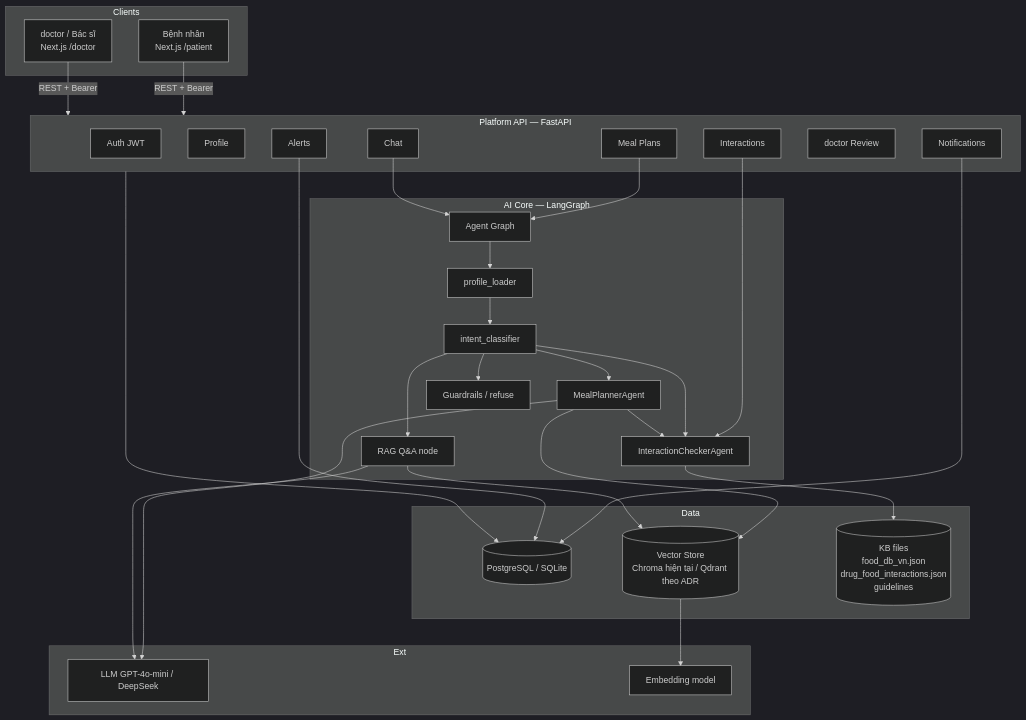
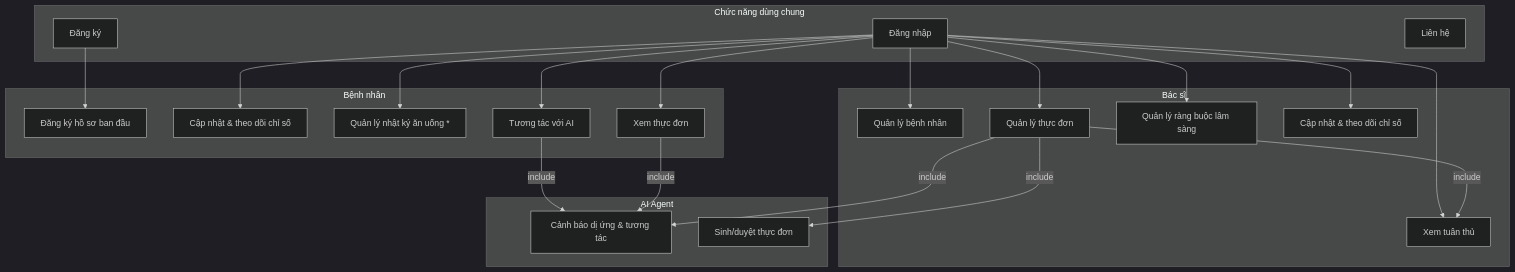
One commit to anhdotu0912/mohinhhoa changed the diagram in docs/MO_TA_HE_THONG.md. Above: the diagram before and after it, drawn with Mermaid (dark theme). The commit also changed other lines of this file and 45 other files, not shown here.

````diff
--- a/docs/MO_TA_HE_THONG.md
+++ b/docs/MO_TA_HE_THONG.md
@@ -112,56 +24,38 @@
 ```mermaid
-graph TB
-    subgraph Clients
-        P[Bệnh nhân<br/>Next.js /patient]
-        D[doctor / Bác sĩ<br/>Next.js /doctor]
-    end
+flowchart TB
+  subgraph Shared[Chức năng dùng chung]
+    Register[Đăng ký]
+    Login[Đăng nhập]
+    Contact[Liên hệ]
+  end
 
-    subgraph API["Platform API — FastAPI"]
-        AUTH[Auth JWT]
-        PROF[Profile]
-        MP[Meal Plans]
-        INT[Interactions]
-        ALT[Alerts]
-        NOTI[Notifications]
-        DIET[doctor Review]
-        CHAT[Chat]
-    end
+  subgraph Doctor[Bác sĩ]
+    D1[Quản lý bệnh nhân]
+    D2[Quản lý thực đơn]
+    D3[Xem tuân thủ]
+    D4[Quản lý ràng buộc lâm sàng]
+    D5[Cập nhật & theo dõi chỉ số]
+  end
 
-    subgraph AI["AI Core — LangGraph"]
-        G[Agent Graph]
-        PL[profile_loader]
-        IC[intent_classifier]
-        MP_A[MealPlannerAgent]
-        IX_A[InteractionCheckerAgent]
-        RAG_N[RAG Q&A node]
-        GR[Guardrails / refuse]
-    end
+  subgraph Patient[Bệnh nhân]
+    P1[Đăng ký hồ sơ ban đầu]
+    P2[Cập nhật & theo dõi chỉ số]
+    P3[Quản lý nhật ký ăn uống *]
+    P4[Xem thực đơn]
+    P5[Tương tác với AI]
+  end
 
-    subgraph Data
-        RDB[(PostgreSQL / SQLite)]
-        VS[(Vector Store<br/>Chroma hiện tại / Qdrant theo ADR)]
-        KB[(KB files<br/>food_db_vn.json<br/>drug_food_interactions.json<br/>guidelines)]
-    end
+  subgraph AI[AI Agent]
+    A1[Cảnh báo dị ứng & tương tác]
+    A2[Sinh/duyệt thực đơn]
+  end
 
-    subgraph Ext
-        LLM[LLM GPT-4o-mini / DeepSeek]
-        EMB[Embedding model]
-    end
-
-    P -->|REST + Bearer| API
-    D -->|REST + Bearer| API
-    API --> RDB
-    MP --> G
-    CHAT --> G
-    INT --> IX_A
-    G --> PL --> IC
-    IC --> MP_A & IX_A & RAG_N & GR
-    MP_A --> VS
-    MP_A --> IX_A
-    RAG_N --> VS
-    VS --> EMB
-    MP_A & RAG_N --> LLM
-    IX_A --> KB
-    NOTI --> RDB
-    ALT --> RDB
+  Login --> D1 & D2 & D3 & D4 & D5
+  Login --> P2 & P3 & P4 & P5
+  Register --> P1
+  D2 -->|include| A2
+  P5 -->|include| A1
+  D2 -->|include| A1
+  D2 -->|include| D3
+  P4 -->|include| A1
 ```
````
